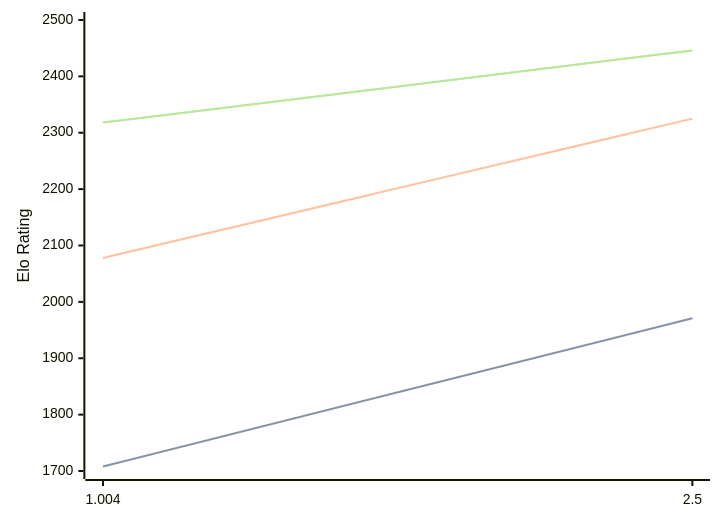
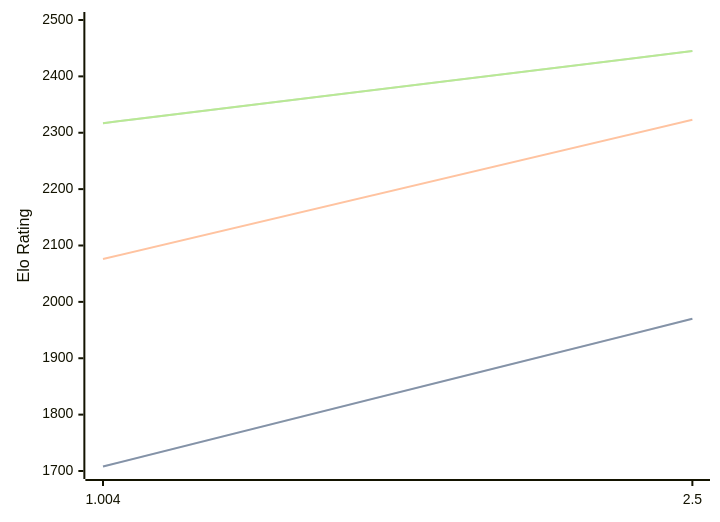
One commit to computer-chess-index/cci changed the diagram in engines/Ares.md. Above: the diagram before and after it, drawn with Mermaid. The commit also changed other lines of this file, not shown here.

Commit message:
Update CCI Ratings (ELO VLTC) - 2026-09-11

````diff
--- a/engines/Ares.md
+++ b/engines/Ares.md
@@ -32,11 +32,11 @@
 ```mermaid
 %%{init: {"theme":"base","themeVariables":{"seriesColors:['#a3a3a3','#222221','#faa371']}}}%%
 xychart-beta
   x-axis ["1.004", "2.5"]
   y-axis "Elo Rating" 1700 --> 2500
-  line "" [1708, 1971]
-  line "STC (8.0+0.08s)" [1708, 1971]
-  line "LTC (60.0+0.60s)" [2078, 2325]
-  line "" [2318, 2446]
-  line "VLTC (2m24s+1.12s)" [2318, 2446]
+  line "" [1708, 1970]
+  line "STC (8.0+0.08s)" [1708, 1970]
+  line "LTC (60.0+0.60s)" [2076, 2323]
+  line "" [2317, 2445]
+  line "VLTC (2m24s+1.12s)" [2317, 2445]
 ```
````
